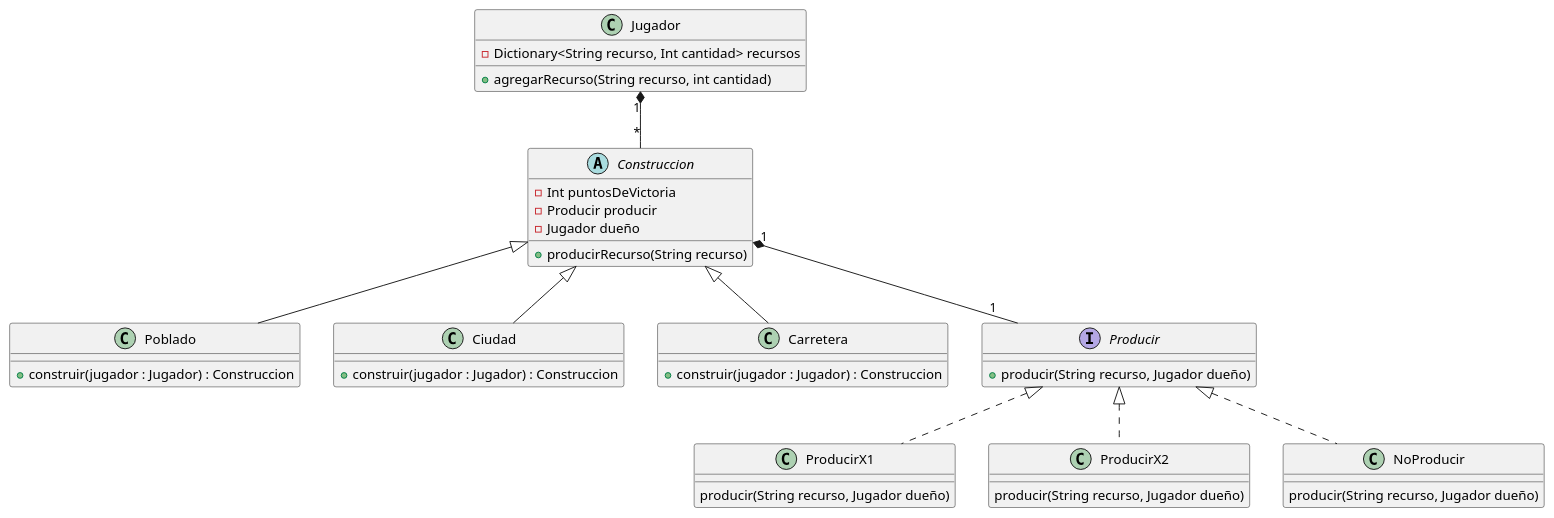
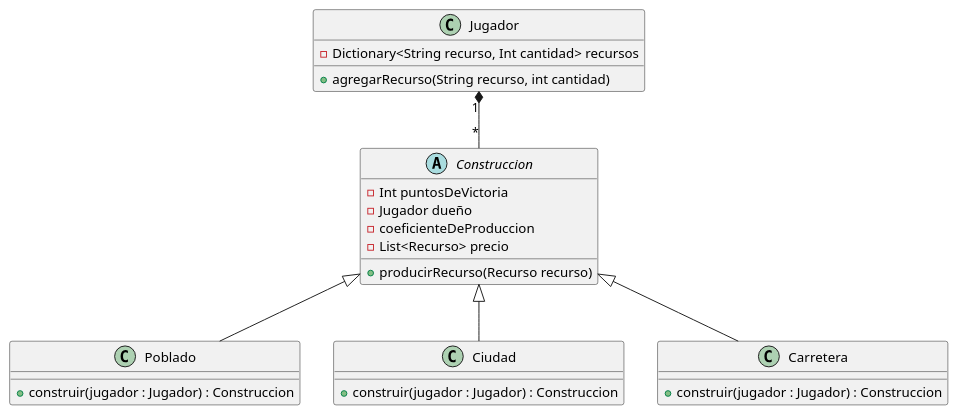
The diagram in diagrams/classes/Construccion.puml (Fm900/TP2_Catan_Paradigma), drawn with PlantUML before and after one commit. The commit also changed 1 other file, not shown here.

Commit message:
Se agrega el diagrama de clase de Construccion

```diff
--- a/diagrams/classes/Construccion.puml
+++ b/diagrams/classes/Construccion.puml
@@ -1,54 +1,35 @@
 @startuml
 
 class Jugador {
 - Dictionary<String recurso, Int cantidad> recursos
 + agregarRecurso(String recurso, int cantidad)
 }
 
 abstract class Construccion{
 - Int puntosDeVictoria
-- Producir producir
 - Jugador dueño
+- coeficienteDeProduccion
+- List<Recurso> precio
 
-+ producirRecurso(String recurso)
++ producirRecurso(Recurso recurso)
 }
 
 class Poblado{
     + construir(jugador : Jugador) : Construccion
 }
 
 class Ciudad{
     + construir(jugador : Jugador) : Construccion
 }
 
 class Carretera{
     + construir(jugador : Jugador) : Construccion
 }
 
-interface Producir{
-+ producir(String recurso, Jugador dueño)
-}
-
-class ProducirX1{
-producir(String recurso, Jugador dueño)
-}
-
-class ProducirX2{
-producir(String recurso, Jugador dueño)
-}
-class NoProducir{
-producir(String recurso, Jugador dueño)
-}
 
 Jugador "1" *-- "*" Construccion
 
 Construccion <|-- Poblado
 Construccion <|-- Ciudad
 Construccion <|-- Carretera
-
-Construccion "1" *-- "1" Producir
-
-Producir <|.. ProducirX1
-Producir <|.. ProducirX2
-Producir <|.. NoProducir
 @enduml
```
